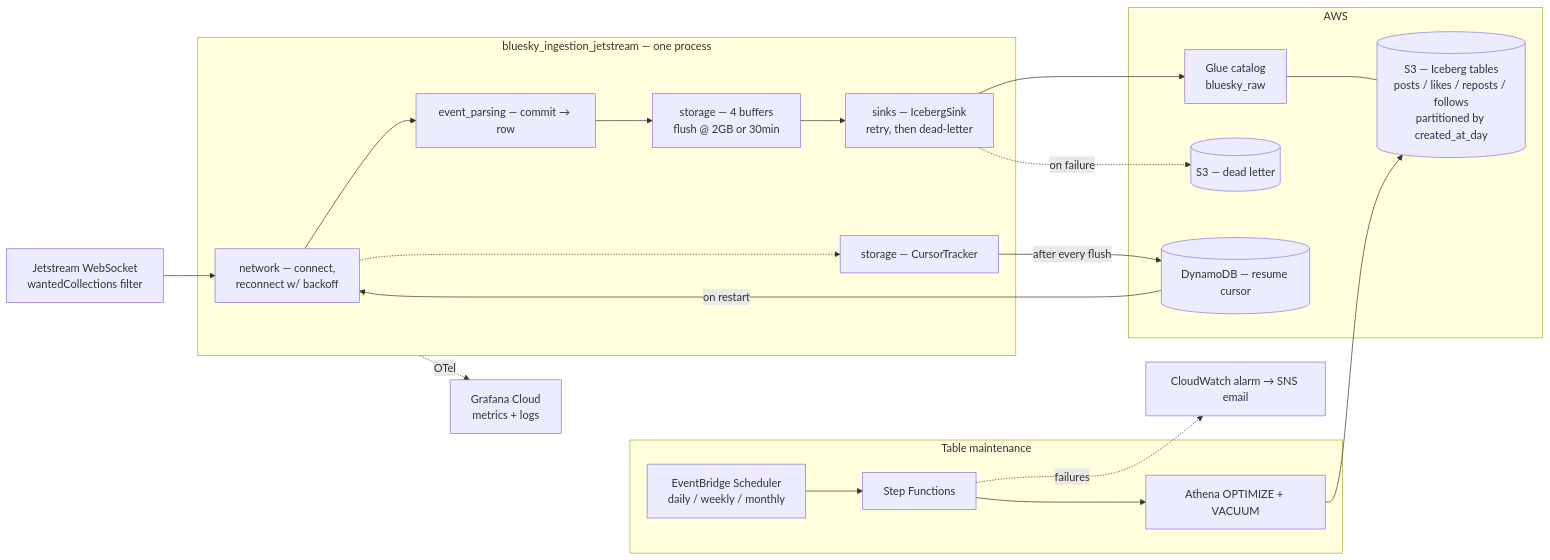
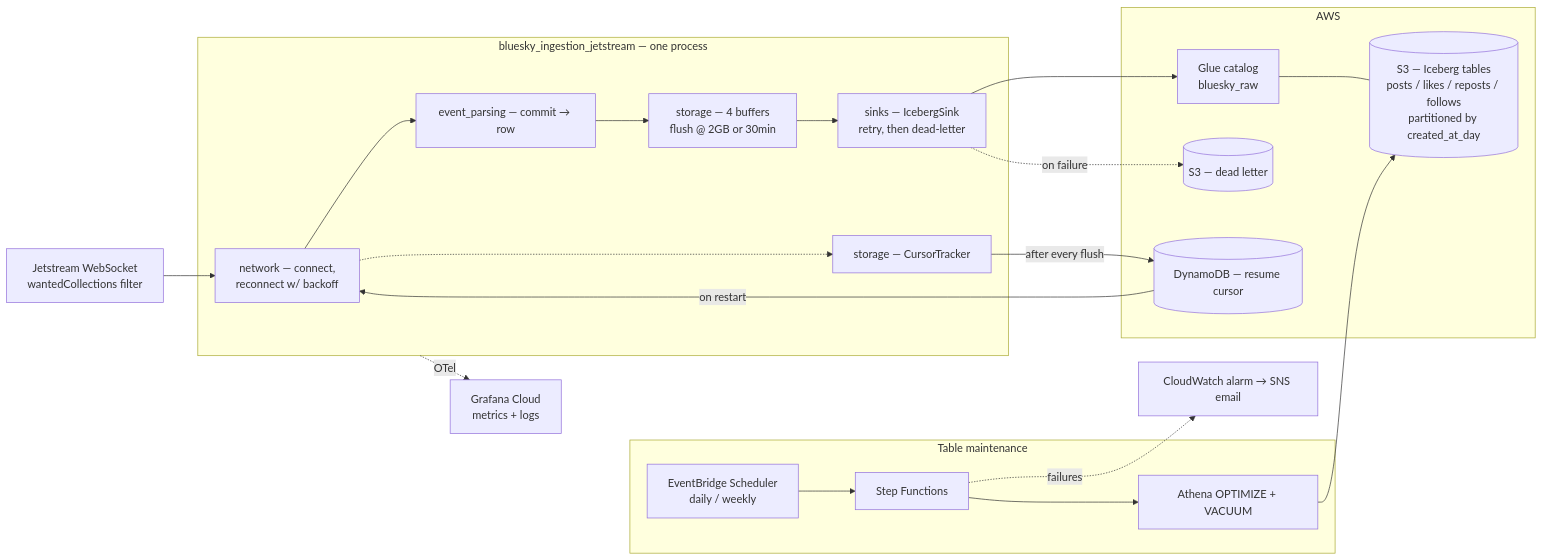
One commit to METResearchGroup/lab_data_integrations_interface changed the diagram in README.md. Above: the diagram before and after it, drawn with Mermaid. The commit also changed other lines of this file and 1 other file, not shown here.

Commit message:
Run unbounded OPTIMIZE weekly instead of monthly
Moves optimize_full to Saturdays 06:00 UTC, ahead of the Sunday
VACUUM so its orphans are swept the same weekend.

````diff
--- a/README.md
+++ b/README.md
@@ -11,38 +11,38 @@
 ```mermaid
 flowchart LR
   JS[Jetstream WebSocket<br/>wantedCollections filter]
 
   subgraph Process["bluesky_ingestion_jetstream — one process"]
     Net[network — connect,<br/>reconnect w/ backoff]
     Parse[event_parsing — commit → row]
     Buf[storage — 4 buffers<br/>flush @ 2GB or 30min]
     Sink[sinks — IcebergSink<br/>retry, then dead-letter]
     Cur[storage — CursorTracker]
     Net --> Parse --> Buf --> Sink
     Net -.-> Cur
   end
 
   subgraph AWS
     Glue[Glue catalog<br/>bluesky_raw]
     S3[(S3 — Iceberg tables<br/>posts / likes / reposts / follows<br/>partitioned by created_at_day)]
     DL[(S3 — dead letter)]
     DDB[(DynamoDB — resume cursor)]
     Glue --- S3
   end
 
   subgraph Maintenance["Table maintenance"]
-    Sched[EventBridge Scheduler<br/>daily / weekly / monthly]
+    Sched[EventBridge Scheduler<br/>daily / weekly]
     SFN[Step Functions]
     Ath[Athena OPTIMIZE + VACUUM]
     Sched --> SFN --> Ath
   end
 
   JS --> Net
   Sink --> Glue
   Sink -. on failure .-> DL
   Cur -- after every flush --> DDB
   DDB -- on restart --> Net
   Ath --> S3
   SFN -. failures .-> Alarm[CloudWatch alarm → SNS email]
   Process -. OTel .-> Graf[Grafana Cloud<br/>metrics + logs]
 ```
````
